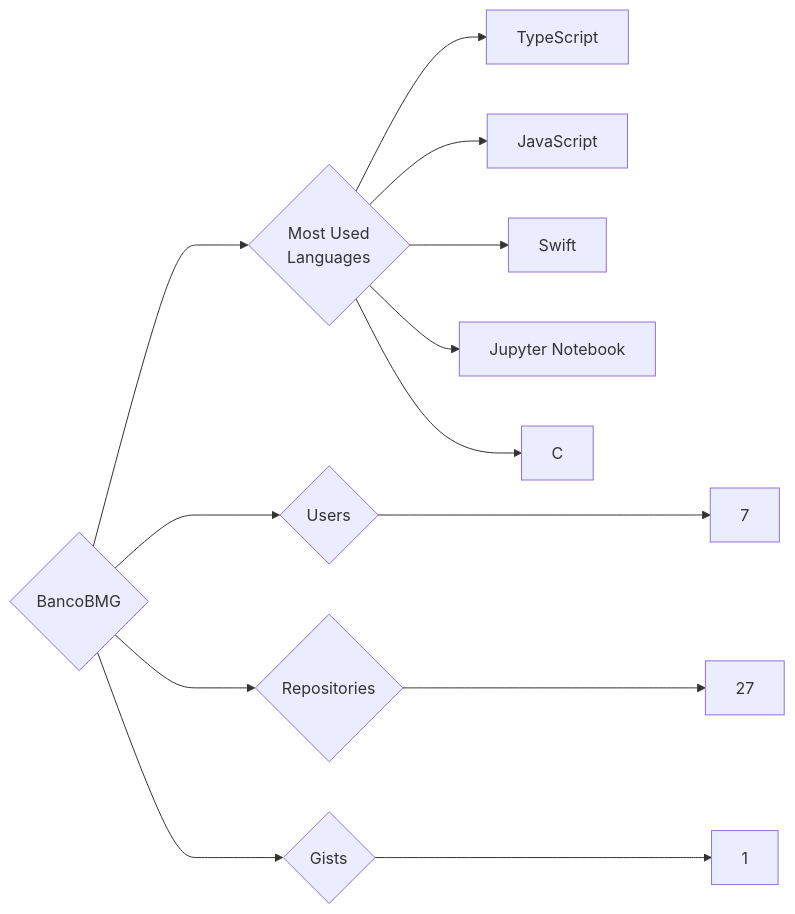
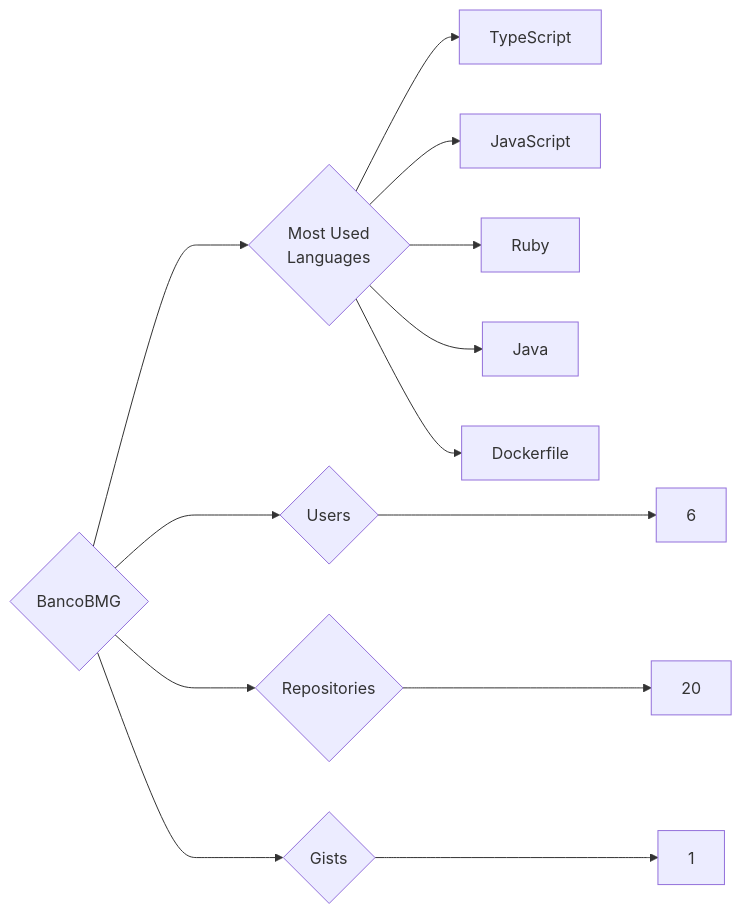
Before and after one commit to trickest/insiders: the diagram in targets/BancoBMG/README.md, drawn with Mermaid. The commit also changed 942 other files, not shown here.

````diff
--- a/targets/BancoBMG/README.md
+++ b/targets/BancoBMG/README.md
@@ -3,13 +3,13 @@
 ```mermaid
 graph LR
 COMPANY_NAME{BancoBMG}
-COMPANY_NAME ---> U{Users} ---> UN[7]
-COMPANY_NAME ---> R{Repositories} ---> RN[27]
+COMPANY_NAME ---> U{Users} ---> UN[6]
+COMPANY_NAME ---> R{Repositories} ---> RN[20]
 COMPANY_NAME ---> G{Gists} ---> GN[1]
 COMPANY_NAME ---> ML{Most Used<br>Languages}
 ML --> TypeScript[TypeScript]
 ML --> JavaScript[JavaScript]
-ML --> Swift[Swift]
-ML --> Jupyter_Notebook[Jupyter Notebook]
-ML --> C[C]
+ML --> Ruby[Ruby]
+ML --> Java[Java]
+ML --> Dockerfile[Dockerfile]
 ```
````
